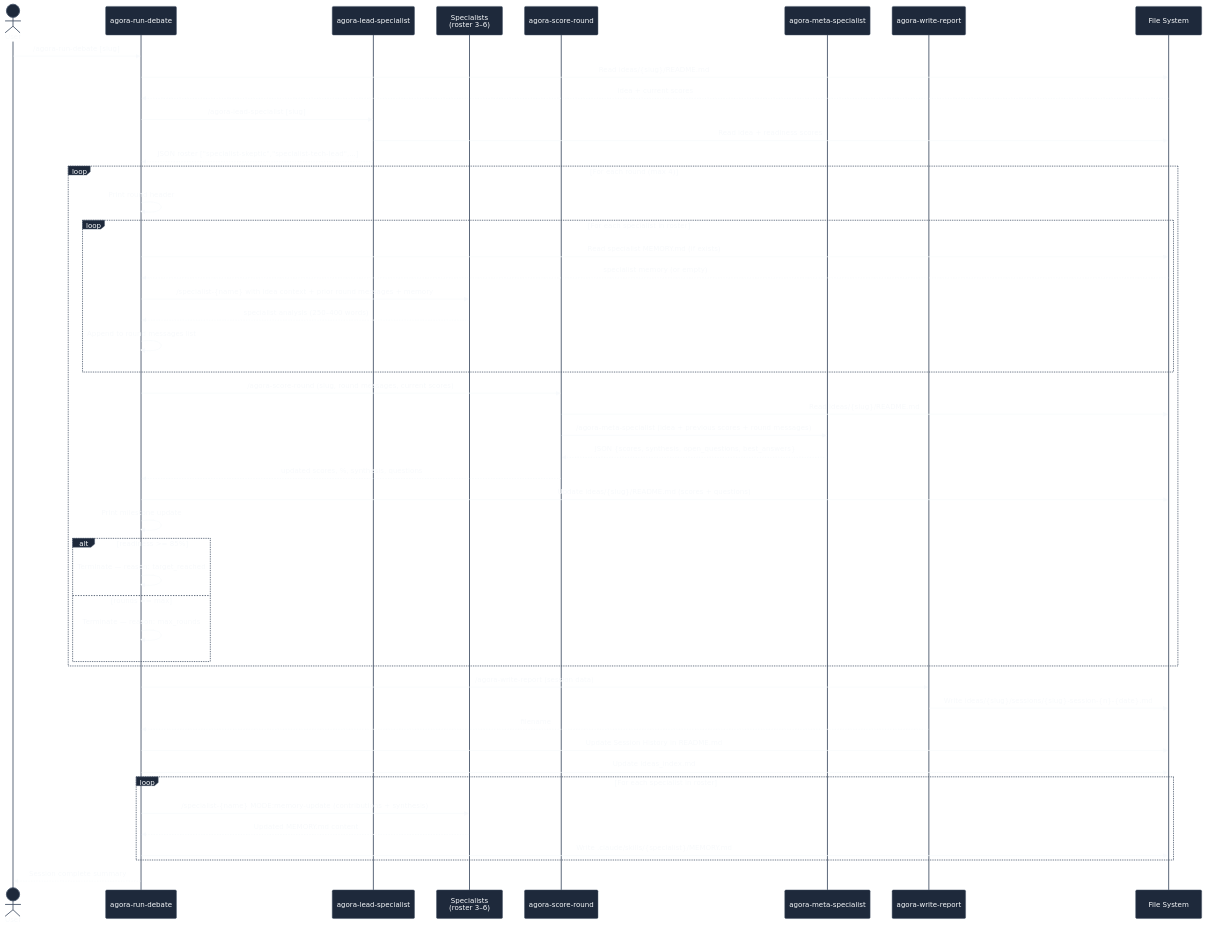
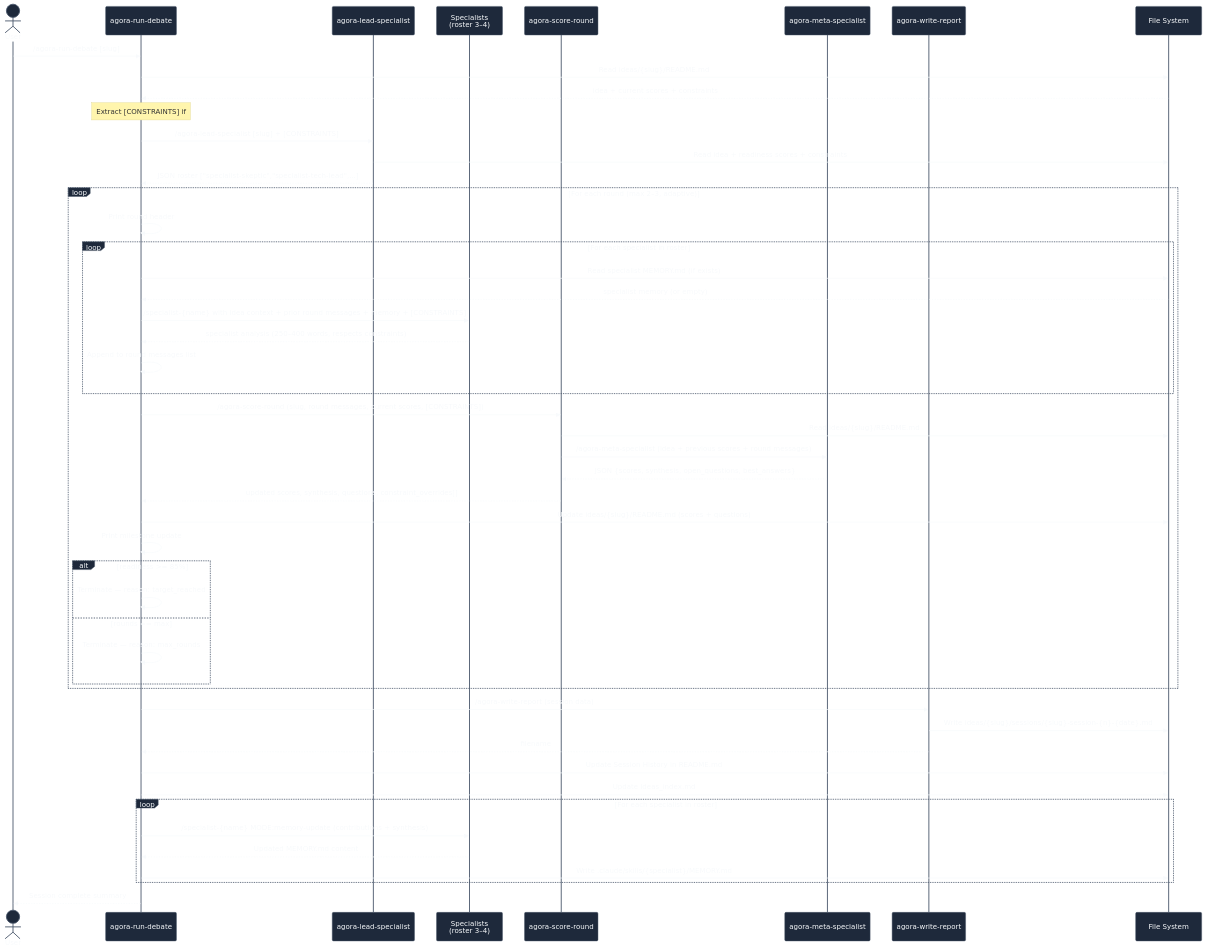
The diagram in docs/diagrams/02-debate-session-flow.mmd (aryan-curiel/agora), drawn with Mermaid before and after one commit. The commit also changed 32 other files, not shown here.

First line of the commit message:
Add agora-add-idea intake questions, agora-add-constraint skill, specialist memories, Slidev presentation, and analytics

```diff
--- a/docs/diagrams/02-debate-session-flow.mmd
+++ b/docs/diagrams/02-debate-session-flow.mmd
@@ -1,60 +1,61 @@
 %%{init: {"theme": "base", "themeVariables": {"primaryColor": "#1e293b", "primaryTextColor": "#f8fafc", "primaryBorderColor": "#475569", "lineColor": "#94a3b8", "secondaryColor": "#0f172a", "tertiaryColor": "#162032", "background": "#0f172a", "mainBkg": "#1e293b", "nodeBorder": "#475569", "clusterBkg": "#162032", "titleColor": "#f8fafc", "edgeLabelBackground": "#1e293b", "fontFamily": "monospace"}}}%%
 
 sequenceDiagram
     actor User
     participant RD as agora-run-debate
     participant LA as agora-lead-specialist
-    participant SA as Specialists<br/>(roster 3–6)
+    participant SA as Specialists<br/>(roster 3–4)
     participant SR as agora-score-round
     participant MA as agora-meta-specialist
     participant WR as agora-write-report
     participant FS as File System
 
     User->>RD: /agora-run-debate [slug]
     RD->>FS: Read ideas/{slug}/README.md
-    FS-->>RD: idea + current scores
-    RD->>LA: /agora-lead-specialist [slug]
-    LA->>FS: Read idea + readiness scores
+    FS-->>RD: idea + current scores + constraints
+    Note over RD: Extract [CONSTRAINTS] if ## Constraints present
+    RD->>LA: /agora-lead-specialist [slug] + [CONSTRAINTS]
+    LA->>FS: Read idea + readiness scores + constraints
     LA-->>RD: JSON roster ["specialist-skeptic","specialist-tech-lead",...]
 
-    loop For each round (max 4)
+    loop For each round (max 2–3, adaptive)
         RD->>RD: Print round header
 
         loop For each specialist in roster
             RD->>FS: Read specialist MEMORY.md (if exists)
             FS-->>RD: specialist memory (or empty)
-            RD->>SA: /specialist-{name} with idea context + prior round messages + memory
-            SA-->>RD: specialist analysis (250–400 words)
+            RD->>SA: /specialist-{name} with idea context + prior round messages + memory + [CONSTRAINTS]
+            SA-->>RD: specialist analysis (250–400 words, respects constraints)
             RD->>RD: Append to round messages list
         end
 
-        RD->>SR: /agora-score-round (slug, round messages, current scores)
+        RD->>SR: /agora-score-round (slug, round messages, current scores, [CONSTRAINTS])
         SR->>FS: Read ideas/{slug}/README.md
         SR->>MA: /agora-meta-specialist (idea + previous scores + round messages)
         MA-->>SR: JSON {scores, synthesis, open_questions, best_answers}
-        SR-->>RD: updated scores, %, synthesis, questions
+        SR-->>RD: updated scores, synthesis, questions, constraint_overrides[]
 
         RD->>FS: Update ideas/{slug}/README.md (scores + questions)
         RD->>RD: Print milestone update
 
         alt readiness >= 85%
             RD->>RD: Terminate — reason: target_reached
         else rounds == max
             RD->>RD: Terminate — reason: max_rounds
         end
     end
 
     RD->>WR: /agora-write-report (session data)
     WR->>FS: Write ideas/{slug}/sessions/{slug}-session-{n}-{date}.md
     WR-->>RD: filename
 
     RD->>FS: Update Session History in README.md
     RD->>FS: Update ideas_index.md
 
     loop For each specialist in roster
         RD->>SA: /specialist-{name} MODE:memory-update (contributions + synthesis)
         SA-->>RD: Updated MEMORY.md content
         RD->>FS: Write .claude/skills/{specialist}/MEMORY.md
     end
 
     RD-->>User: Session complete summary
```
